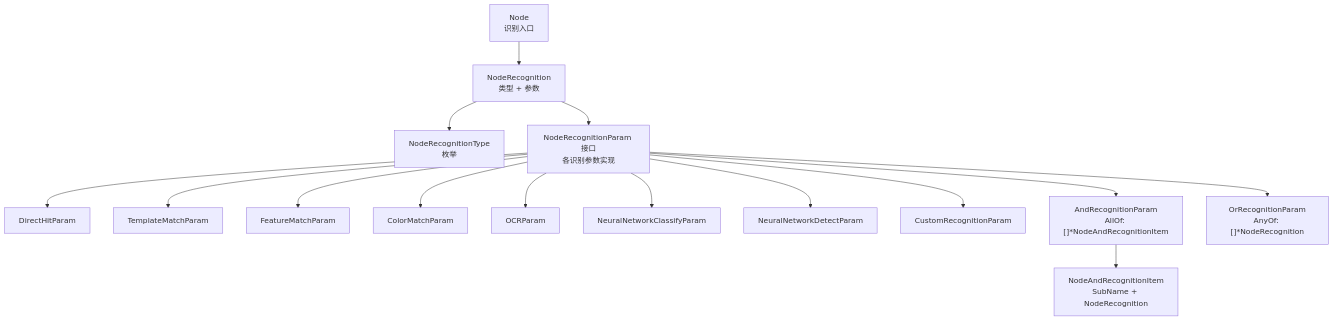
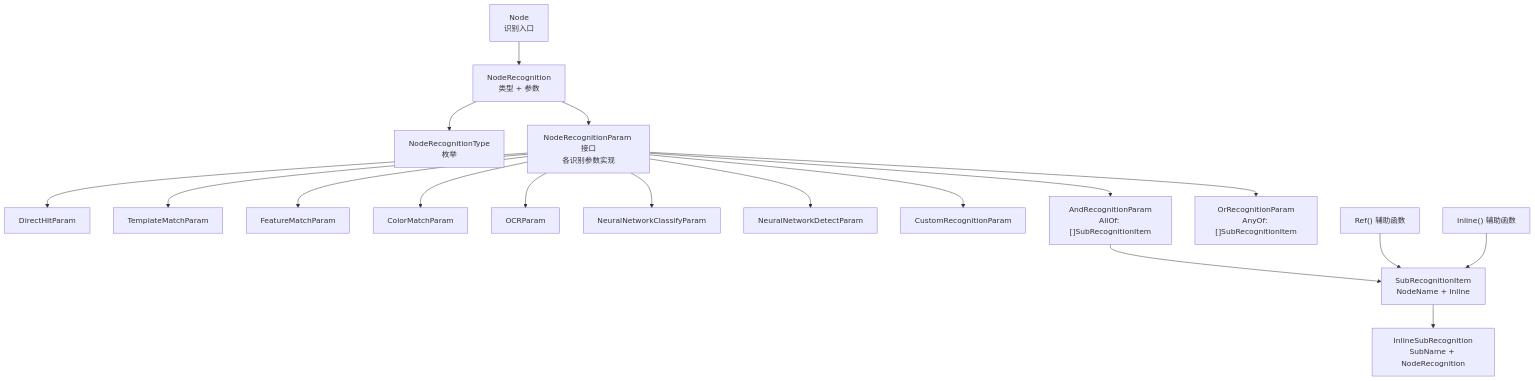
Before and after one commit to kqcoxn/MaaPipelineEditor: the first of 4 diagrams in instructions/maafw-golang-binding/高级功能/流水线配置/节点结构详解/识别配置详解/识别配置详解.md, drawn with Mermaid. The commit also changed other lines of this file and 5 other files, not shown here.

````diff
--- a/instructions/maafw-golang-binding/高级功能/流水线配置/节点结构详解/识别配置详解/识别配置详解.md
+++ b/instructions/maafw-golang-binding/高级功能/流水线配置/节点结构详解/识别配置详解/识别配置详解.md
@@ -43,17 +47,20 @@
 ```mermaid
 graph TB
 A["Node<br/>识别入口"] --> B["NodeRecognition<br/>类型 + 参数"]
 B --> C["NodeRecognitionType<br/>枚举"]
 B --> D["NodeRecognitionParam 接口<br/>各识别参数实现"]
 D --> E["DirectHitParam"]
 D --> F["TemplateMatchParam"]
 D --> G["FeatureMatchParam"]
 D --> H["ColorMatchParam"]
 D --> I["OCRParam"]
 D --> J["NeuralNetworkClassifyParam"]
 D --> K["NeuralNetworkDetectParam"]
 D --> L["CustomRecognitionParam"]
-D --> M["AndRecognitionParam<br/>AllOf: []*NodeAndRecognitionItem"]
-D --> N["OrRecognitionParam<br/>AnyOf: []*NodeRecognition"]
-M --> O["NodeAndRecognitionItem<br/>SubName + NodeRecognition"]
+D --> M["AndRecognitionParam<br/>AllOf: []SubRecognitionItem"]
+D --> N["OrRecognitionParam<br/>AnyOf: []SubRecognitionItem"]
+M --> O["SubRecognitionItem<br/>NodeName + Inline"]
+O --> P["InlineSubRecognition<br/>SubName + NodeRecognition"]
+Q["Ref() 辅助函数"] --> O
+R["Inline() 辅助函数"] --> O
 ```
````
